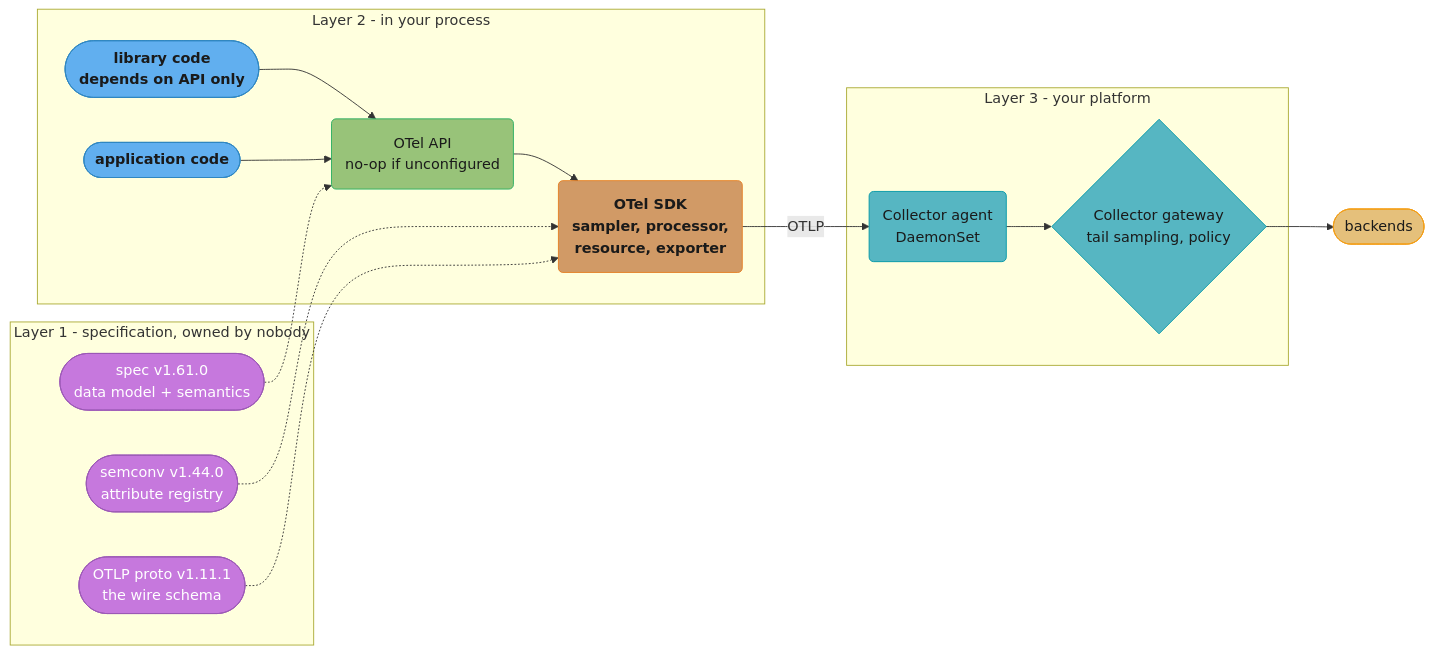
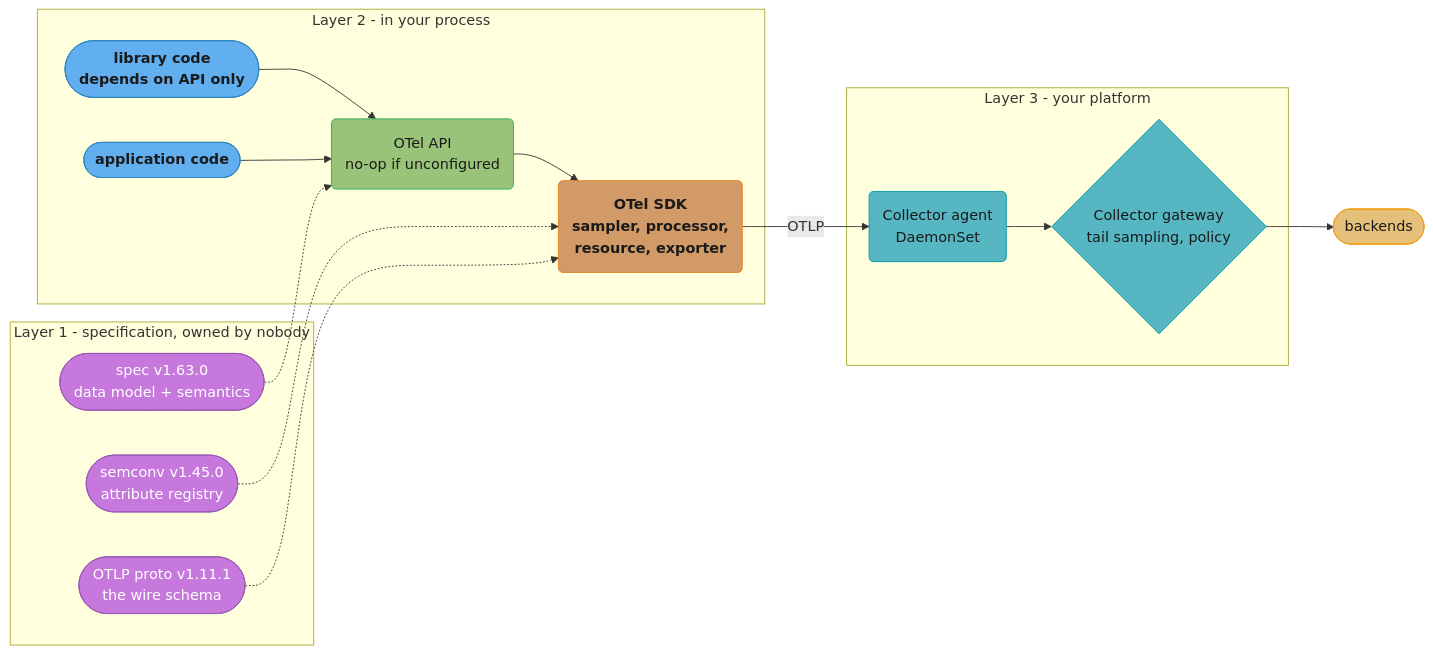
One commit to rppol/system-design changed the first of 6 diagrams in src/main/java/com/rutik/systemdesign/devops/observability_tracing_and_otel/opentelemetry_deep_dive.md. Above: the diagram before and after it, drawn with Mermaid. The commit also changed other lines of this file and 63 other files, not shown here.

````diff
--- a/src/main/java/com/rutik/systemdesign/devops/observability_tracing_and_otel/opentelemetry_deep_dive.md
+++ b/src/main/java/com/rutik/systemdesign/devops/observability_tracing_and_otel/opentelemetry_deep_dive.md
@@ -163,39 +163,39 @@
 ```mermaid
 flowchart LR
     classDef io      fill:#61afef,stroke:#2e86c1,color:#1a1a1a,font-weight:bold
     classDef frozen  fill:#c678dd,stroke:#9b59b6,color:#fff
     classDef train   fill:#98c379,stroke:#27ae60,color:#1a1a1a
     classDef mathOp  fill:#d19a66,stroke:#e67e22,color:#1a1a1a,font-weight:bold
     classDef lossN   fill:#e06c75,stroke:#c0392b,color:#fff,font-weight:bold
     classDef req     fill:#56b6c2,stroke:#0097a7,color:#1a1a1a
     classDef base    fill:#e5c07b,stroke:#f39c12,color:#1a1a1a
 
     subgraph L1["Layer 1 - specification, owned by nobody"]
-        Spec(["spec v1.61.0<br/>data model + semantics"])
-        Semconv(["semconv v1.44.0<br/>attribute registry"])
+        Spec(["spec v1.63.0<br/>data model + semantics"])
+        Semconv(["semconv v1.45.0<br/>attribute registry"])
         Proto(["OTLP proto v1.11.1<br/>the wire schema"])
     end
 
     subgraph L2["Layer 2 - in your process"]
         Lib(["library code<br/>depends on API only"]) --> API("OTel API<br/>no-op if unconfigured")
         App(["application code"]) --> API
         API --> SDK("OTel SDK<br/>sampler, processor,<br/>resource, exporter")
     end
 
     subgraph L3["Layer 3 - your platform"]
         Agent("Collector agent<br/>DaemonSet") --> GW{"Collector gateway<br/>tail sampling, policy"}
     end
 
     Spec -.-> API
     Semconv -.-> SDK
     Proto -.-> SDK
     SDK -->|OTLP| Agent
     GW --> Store([backends])
 
     class Spec,Semconv,Proto frozen
     class Lib,App io
     class API train
     class SDK mathOp
     class Agent,GW req
     class Store base
 ```
````
